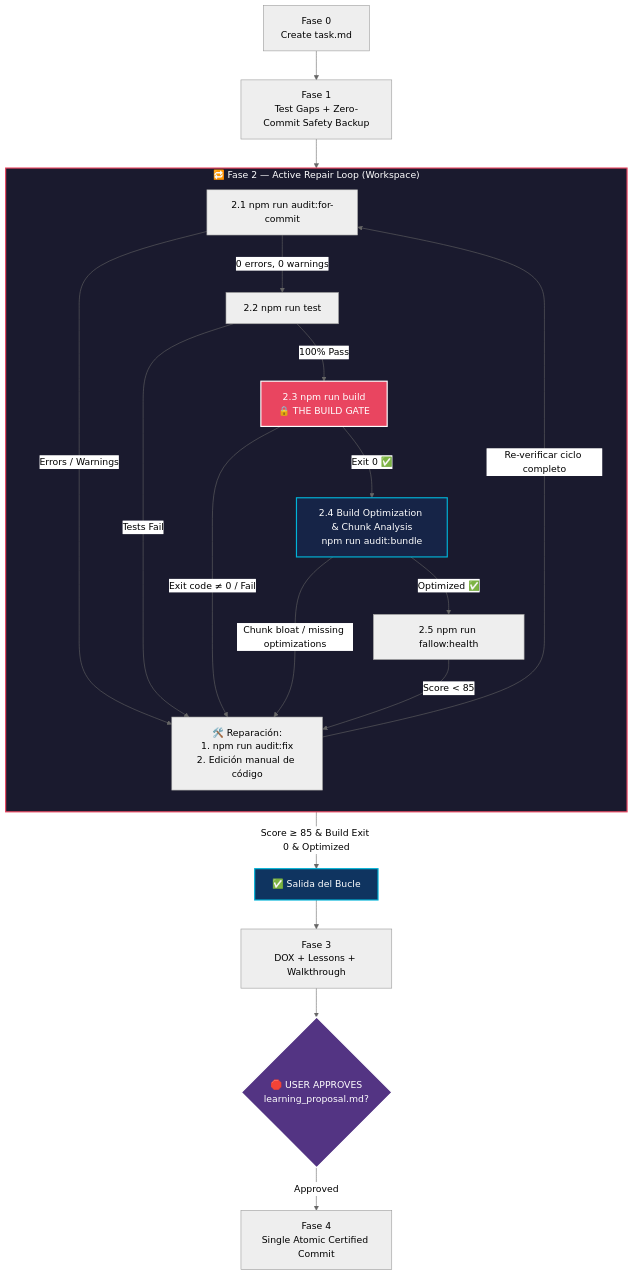
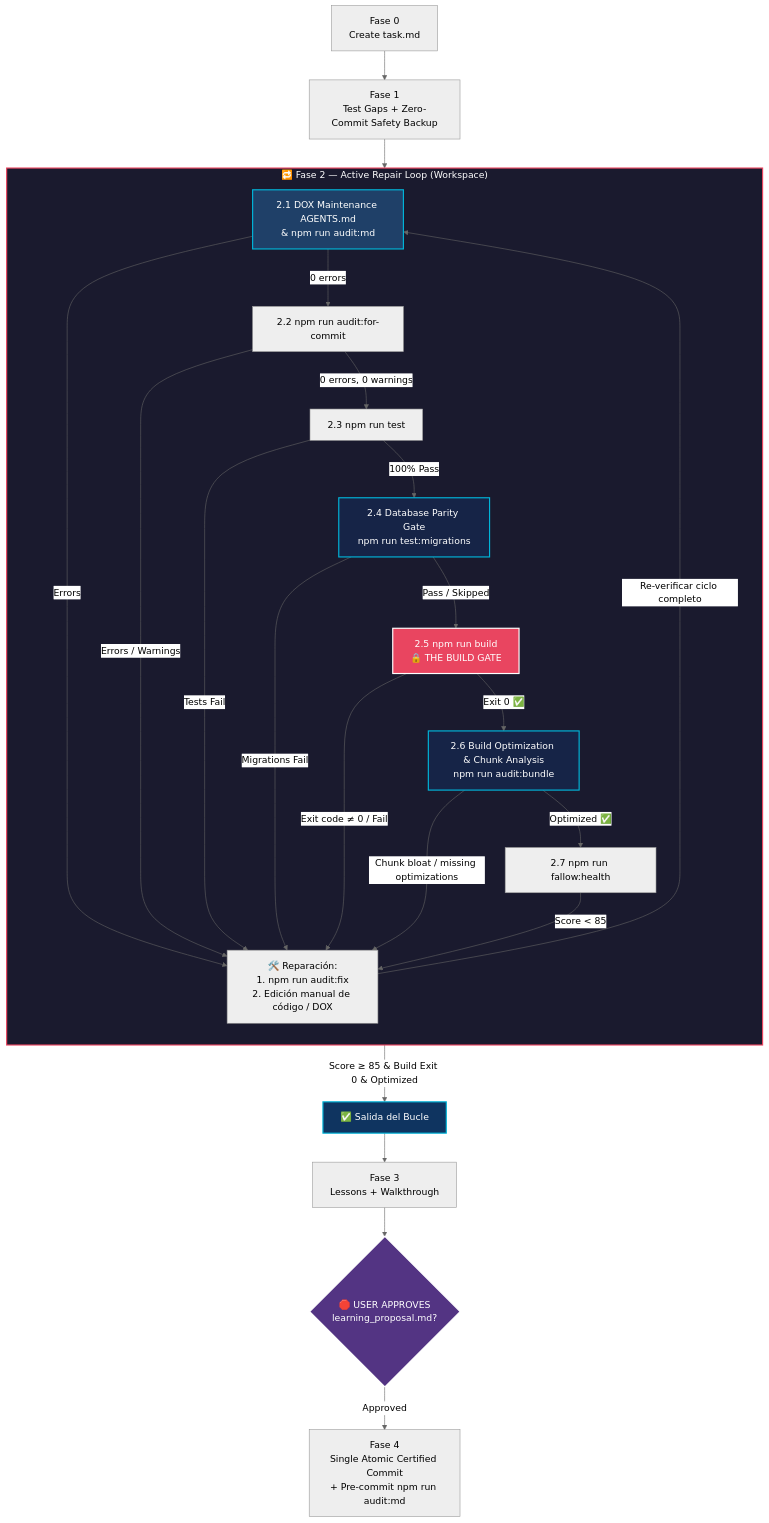
The diagram in .agents/skills/safe-commit/SKILL.md (Darkham77/PokeBorrador), drawn with Mermaid (neutral theme) before and after one commit. The commit also changed other lines of this file and 53 other files, not shown here.

````diff
--- a/.agents/skills/safe-commit/SKILL.md
+++ b/.agents/skills/safe-commit/SKILL.md
@@ -34,33 +34,39 @@
 ```mermaid
 graph TD
     A0[Fase 0\nCreate task.md] --> A1
     A1[Fase 1\nTest Gaps + Zero-Commit Safety Backup] --> LOOP
 
     subgraph LOOP ["🔁 Fase 2 — Active Repair Loop (Workspace)"]
         direction TB
-        C1[2.1 npm run audit:for-commit] -->|Errors / Warnings| REPAIR[🛠️ Reparación:\n1. npm run audit:fix\n2. Edición manual de código]
-        C1 -->|0 errors, 0 warnings| C2[2.2 npm run test]
+        C0[2.1 DOX Maintenance AGENTS.md\n& npm run audit:md] -->|Errors| REPAIR[🛠️ Reparación:\n1. npm run audit:fix\n2. Edición manual de código / DOX]
+        C0 -->|0 errors| C1[2.2 npm run audit:for-commit]
+        C1 -->|Errors / Warnings| REPAIR
+        C1 -->|0 errors, 0 warnings| C2[2.3 npm run test]
         
         C2 -->|Tests Fail| REPAIR
-        C2 -->|100% Pass| C3[2.3 npm run build\n🔒 THE BUILD GATE]
+        C2 -->|100% Pass| C2b[2.4 Database Parity Gate\nnpm run test:migrations]
+        C2b -->|Migrations Fail| REPAIR
+        C2b -->|Pass / Skipped| C3[2.5 npm run build\n🔒 THE BUILD GATE]
         
         C3 -->|Exit code ≠ 0 / Fail| REPAIR
-        C3 -->|Exit 0 ✅| C4[2.4 Build Optimization & Chunk Analysis\nnpm run audit:bundle]
+        C3 -->|Exit 0 ✅| C4[2.6 Build Optimization & Chunk Analysis\nnpm run audit:bundle]
         C4 -->|Chunk bloat / missing optimizations| REPAIR
-        C4 -->|Optimized ✅| C5[2.5 npm run fallow:health]
+        C4 -->|Optimized ✅| C5[2.7 npm run fallow:health]
         
         C5 -->|Score < 85| REPAIR
-        REPAIR -->|Re-verificar ciclo completo| C1
+        REPAIR -->|Re-verificar ciclo completo| C0
     end
 
     C5 -->|Score ≥ 85 & Build Exit 0 & Optimized| EXIT_GATE[✅ Salida del Bucle]
-    EXIT_GATE --> A3[Fase 3\nDOX + Lessons + Walkthrough]
+    EXIT_GATE --> A3[Fase 3\nLessons + Walkthrough]
     A3 --> STOP1{🛑 USER APPROVES\nlearning_proposal.md?}
-    STOP1 -->|Approved| A4[Fase 4\nSingle Atomic Certified Commit]
+    STOP1 -->|Approved| A4[Fase 4\nSingle Atomic Certified Commit\n+ Pre-commit npm run audit:md]
 
     style LOOP fill:#1a1a2e,stroke:#e94560,stroke-width:2px,color:#fff
+    style C0 fill:#1f4068,stroke:#00b4d8,stroke-width:2px,color:#fff
+    style C2b fill:#162447,stroke:#00b4d8,stroke-width:2px,color:#fff
     style C3 fill:#e94560,stroke:#fff,stroke-width:2px,color:#fff
     style C4 fill:#162447,stroke:#00b4d8,stroke-width:2px,color:#fff
     style EXIT_GATE fill:#0f3460,stroke:#00b4d8,stroke-width:2px,color:#fff
     style STOP1 fill:#533483,stroke:#fff,stroke-width:2px,color:#fff
 ```
````
